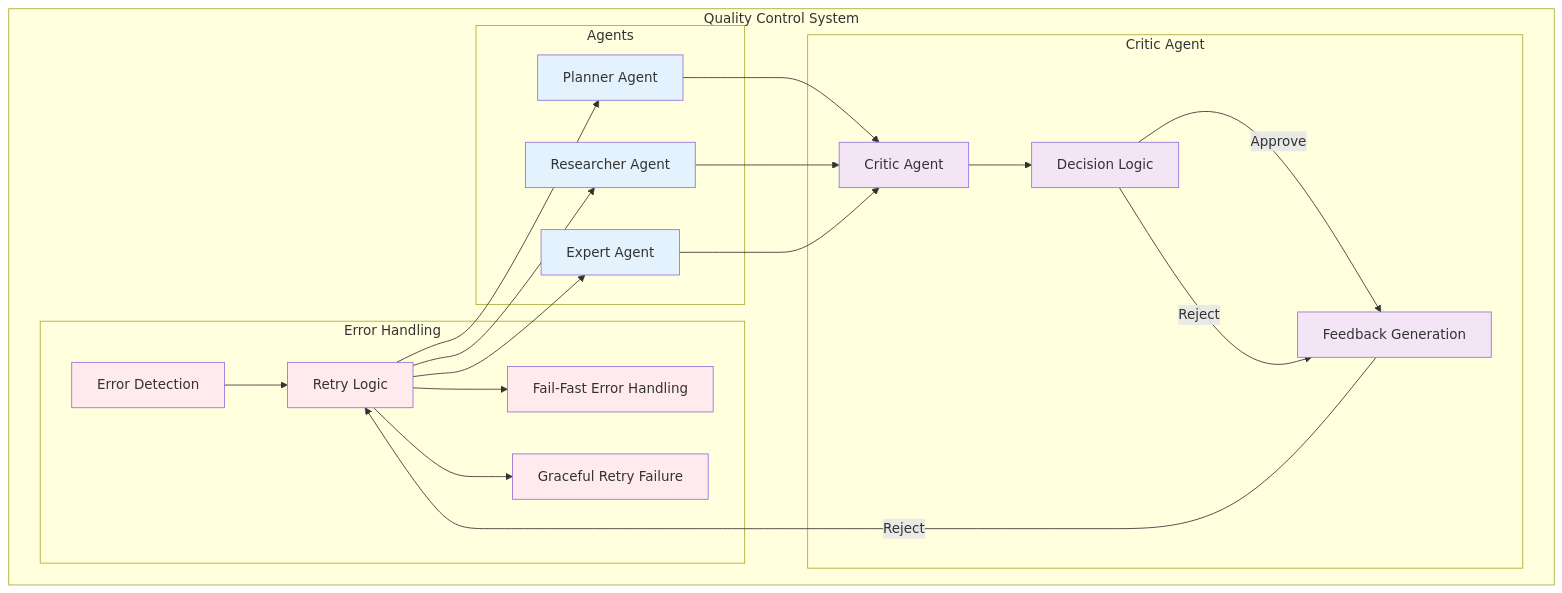
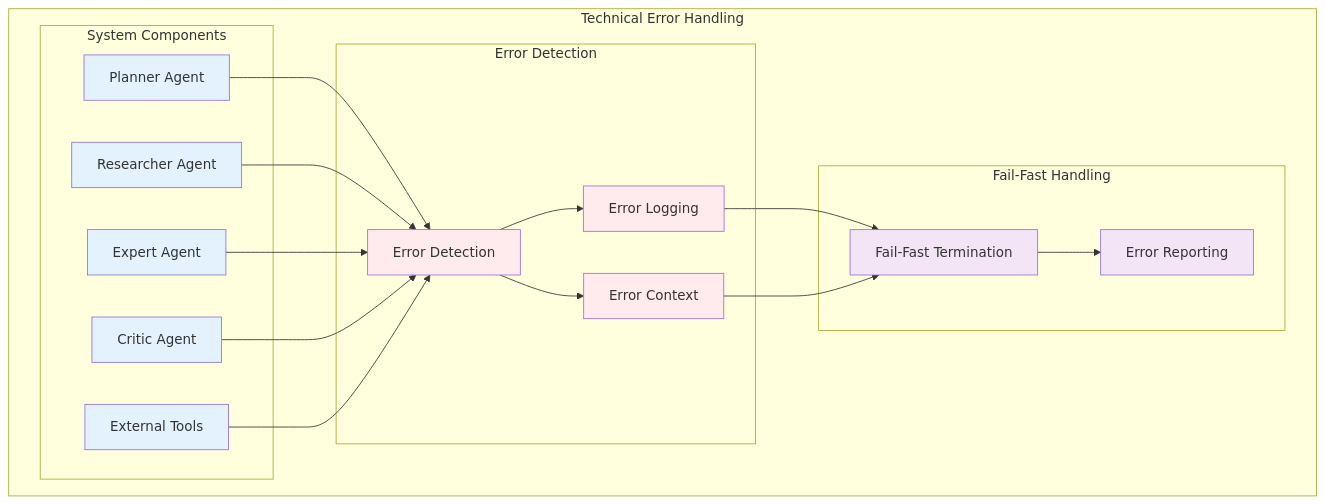
Before and after one commit to jdsham/hf-ai-agents-course: the tenth of 15 diagrams in docs/src2/ARCHITECTURE.md, drawn with Mermaid. The commit also changed other lines of this file, not shown here.

Commit message:
Updated source code architecture document. Another round of edits all over the document.

````diff
--- a/docs/src2/ARCHITECTURE.md
+++ b/docs/src2/ARCHITECTURE.md
@@ -1983,48 +2005,43 @@
 ```mermaid
 graph TB
-    subgraph "Quality Control System"
-        subgraph "Agents"
+    subgraph "Technical Error Handling"
+        subgraph "System Components"
             P[Planner Agent]
             R[Researcher Agent]
             E[Expert Agent]
+            C[Critic Agent]
+            Tools[External Tools]
         end
         
-        subgraph "Critic Agent"
-            C[Critic Agent]
-            Decision[Decision Logic]
-            Feedback[Feedback Generation]
+        subgraph "Error Detection"
+            ErrorDetect[Error Detection]
+            ErrorLog[Error Logging]
+            ErrorContext[Error Context]
         end
         
-        subgraph "Error Handling"
-            ErrorDetect[Error Detection]
-            RetryLogic[Retry Logic]
-            FailFast[Fail-Fast Error Handling]
-            GracefulFail[Graceful Retry Failure]
+        subgraph "Fail-Fast Handling"
+            FailFast[Fail-Fast Termination]
+            ErrorReport[Error Reporting]
         end
     end
     
-    P --> C
-    R --> C
-    E --> C
+    P --> ErrorDetect
+    R --> ErrorDetect
+    E --> ErrorDetect
+    C --> ErrorDetect
+    Tools --> ErrorDetect
     
-    C --> Decision
-    Decision -->|Approve| Feedback
-    Decision -->|Reject| Feedback
+    ErrorDetect --> ErrorLog
+    ErrorDetect --> ErrorContext
+    ErrorLog --> FailFast
+    ErrorContext --> FailFast
+    FailFast --> ErrorReport
     
-    Feedback -->|Reject| RetryLogic
-    RetryLogic --> P
-    RetryLogic --> R
-    RetryLogic --> E
+    classDef component fill:#e3f2fd
+    classDef error fill:#ffebee
+    classDef handling fill:#f3e5f5
     
-    ErrorDetect --> RetryLogic
-    RetryLogic --> FailFast
-    RetryLogic --> GracefulFail
-    
-    classDef agent fill:#e3f2fd
-    classDef critic fill:#f3e5f5
-    classDef error fill:#ffebee
-    
-    class P,R,E agent
-    class C,Decision,Feedback critic
-    class ErrorDetect,RetryLogic,FailFast,GracefulFail error
+    class P,R,E,C,Tools component
+    class ErrorDetect,ErrorLog,ErrorContext error
+    class FailFast,ErrorReport handling
 ```
````
